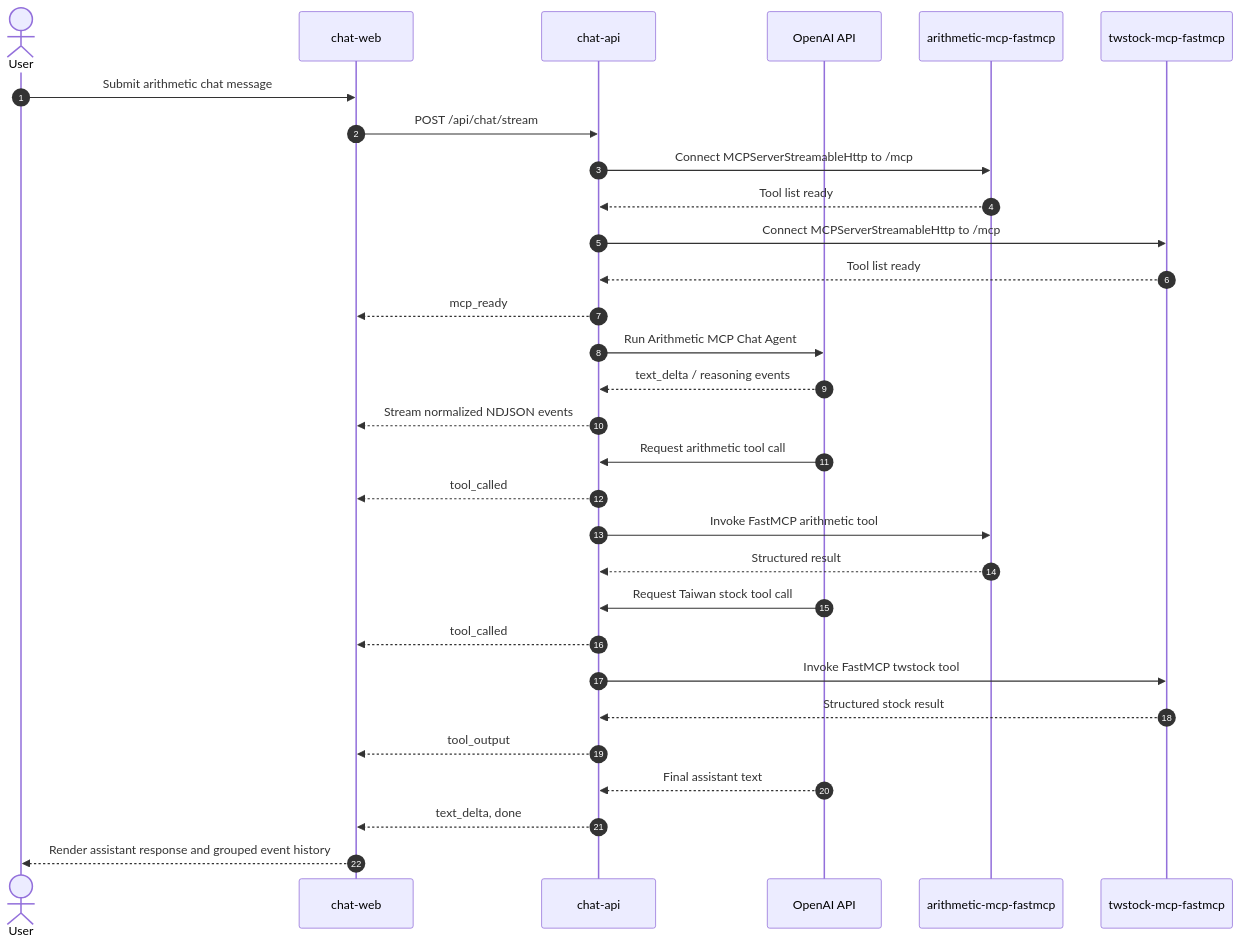
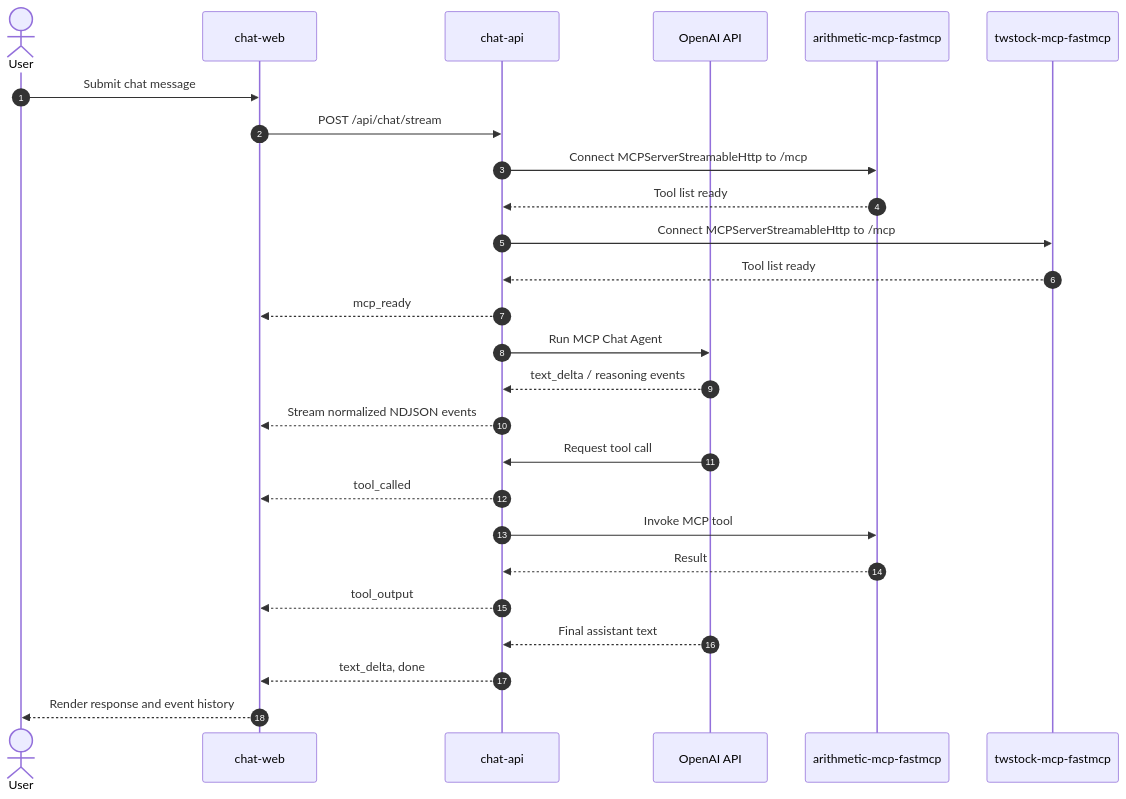
One commit to CJsGit-tech/TWStock-Agents changed the third of 3 diagrams in docs/CURRENT_ARCHITECTURE.md. Above: the diagram before and after it, drawn with Mermaid. The commit also changed other lines of this file and 13 other files, not shown here.

````diff
--- a/docs/CURRENT_ARCHITECTURE.md
+++ b/docs/CURRENT_ARCHITECTURE.md
@@ -137,33 +97,29 @@
 ```mermaid
 sequenceDiagram
     autonumber
     actor U as User
     participant W as chat-web
     participant A as chat-api
     participant O as OpenAI API
     participant M as arithmetic-mcp-fastmcp
     participant T as twstock-mcp-fastmcp
 
-    U->>W: Submit arithmetic chat message
+    U->>W: Submit chat message
     W->>A: POST /api/chat/stream
     A->>M: Connect MCPServerStreamableHttp to /mcp
     M-->>A: Tool list ready
     A->>T: Connect MCPServerStreamableHttp to /mcp
     T-->>A: Tool list ready
     A-->>W: mcp_ready
-    A->>O: Run Arithmetic MCP Chat Agent
+    A->>O: Run MCP Chat Agent
     O-->>A: text_delta / reasoning events
     A-->>W: Stream normalized NDJSON events
-    O->>A: Request arithmetic tool call
+    O->>A: Request tool call
     A-->>W: tool_called
-    A->>M: Invoke FastMCP arithmetic tool
-    M-->>A: Structured result
-    O->>A: Request Taiwan stock tool call
-    A-->>W: tool_called
-    A->>T: Invoke FastMCP twstock tool
-    T-->>A: Structured stock result
+    A->>M: Invoke MCP tool
+    M-->>A: Result
     A-->>W: tool_output
     O-->>A: Final assistant text
     A-->>W: text_delta, done
-    W-->>U: Render assistant response and grouped event history
+    W-->>U: Render response and event history
 ```
````
